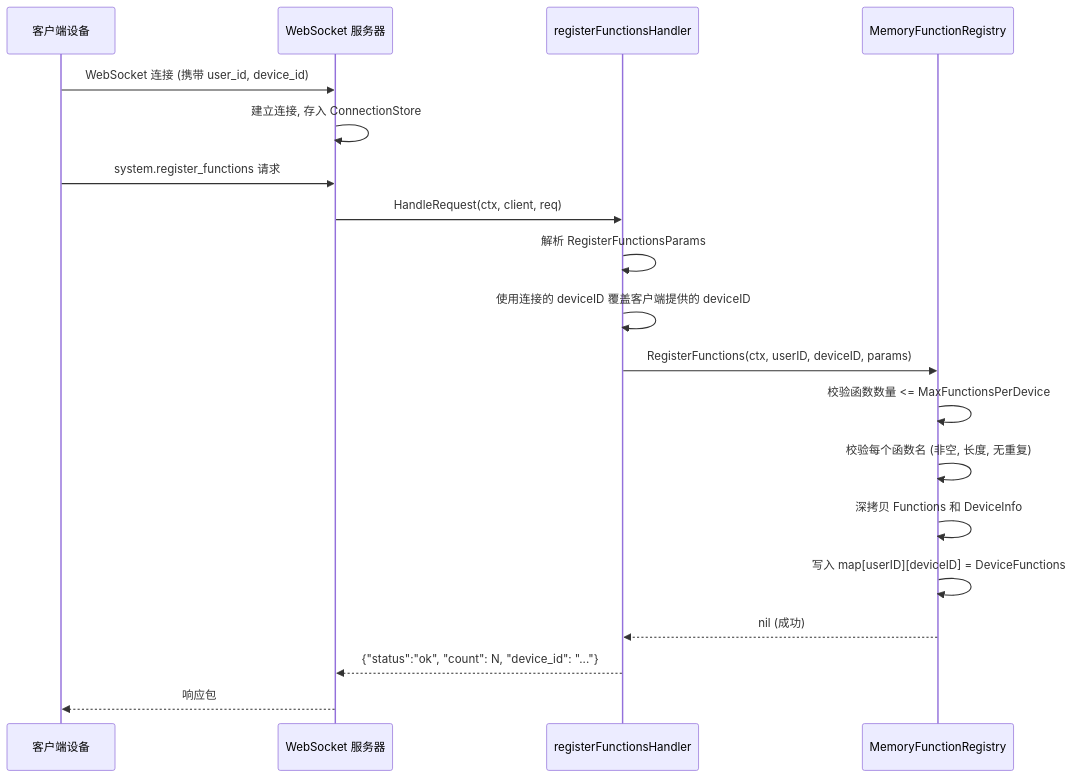
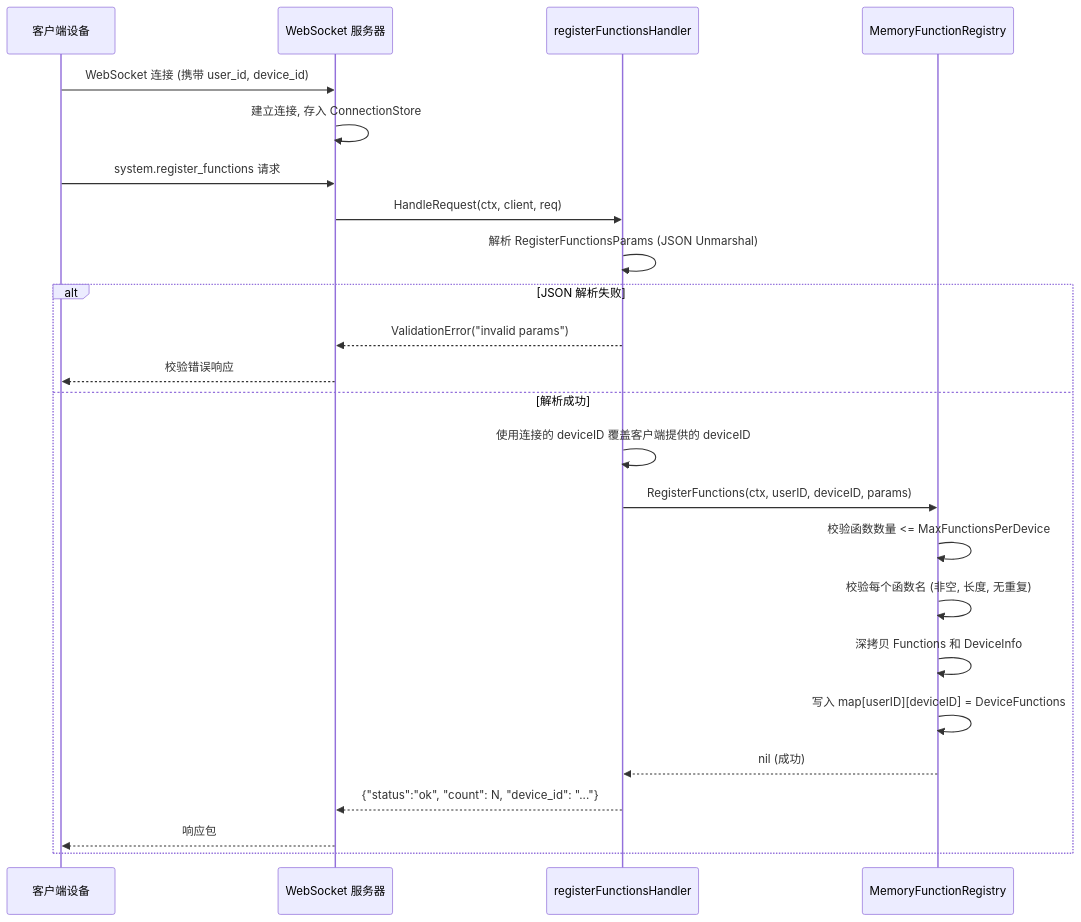
Before and after one commit to PineappleBond/xyncra-server: the first of 10 diagrams in wiki/flows/function-registry.md, drawn with Mermaid. The commit also changed other lines of this file and 19 other files, not shown here.

````diff
--- a/wiki/flows/function-registry.md
+++ b/wiki/flows/function-registry.md
@@ -11,22 +11,27 @@
 ```mermaid
 sequenceDiagram
     participant Client as 客户端设备
     participant WS as WebSocket 服务器
     participant Handler as registerFunctionsHandler
     participant Registry as MemoryFunctionRegistry
 
     Client->>WS: WebSocket 连接 (携带 user_id, device_id)
     WS->>WS: 建立连接, 存入 ConnectionStore
     Client->>WS: system.register_functions 请求
     WS->>Handler: HandleRequest(ctx, client, req)
-    Handler->>Handler: 解析 RegisterFunctionsParams
-    Handler->>Handler: 使用连接的 deviceID 覆盖客户端提供的 deviceID
-    Handler->>Registry: RegisterFunctions(ctx, userID, deviceID, params)
-    Registry->>Registry: 校验函数数量 <= MaxFunctionsPerDevice
-    Registry->>Registry: 校验每个函数名 (非空, 长度, 无重复)
-    Registry->>Registry: 深拷贝 Functions 和 DeviceInfo
-    Registry->>Registry: 写入 map[userID][deviceID] = DeviceFunctions
-    Registry-->>Handler: nil (成功)
-    Handler-->>WS: {"status":"ok", "count": N, "device_id": "..."}
-    WS-->>Client: 响应包
+    Handler->>Handler: 解析 RegisterFunctionsParams (JSON Unmarshal)
+    alt JSON 解析失败
+        Handler-->>WS: ValidationError("invalid params")
+        WS-->>Client: 校验错误响应
+    else 解析成功
+        Handler->>Handler: 使用连接的 deviceID 覆盖客户端提供的 deviceID
+        Handler->>Registry: RegisterFunctions(ctx, userID, deviceID, params)
+        Registry->>Registry: 校验函数数量 <= MaxFunctionsPerDevice
+        Registry->>Registry: 校验每个函数名 (非空, 长度, 无重复)
+        Registry->>Registry: 深拷贝 Functions 和 DeviceInfo
+        Registry->>Registry: 写入 map[userID][deviceID] = DeviceFunctions
+        Registry-->>Handler: nil (成功)
+        Handler-->>WS: {"status":"ok", "count": N, "device_id": "..."}
+        WS-->>Client: 响应包
+    end
 ```
````
